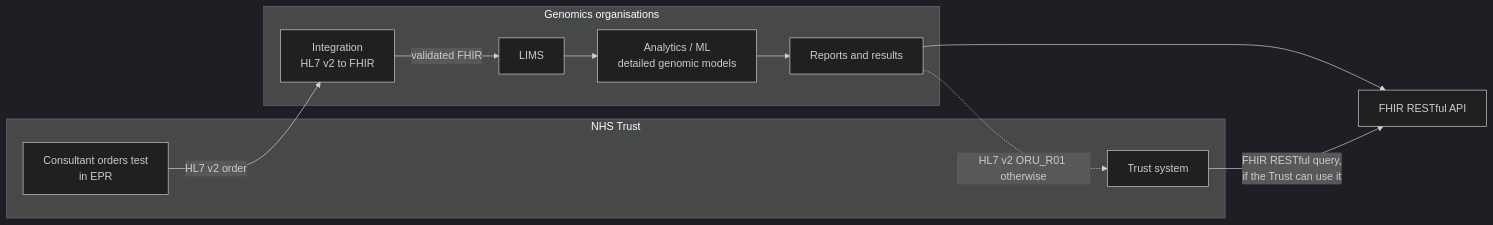
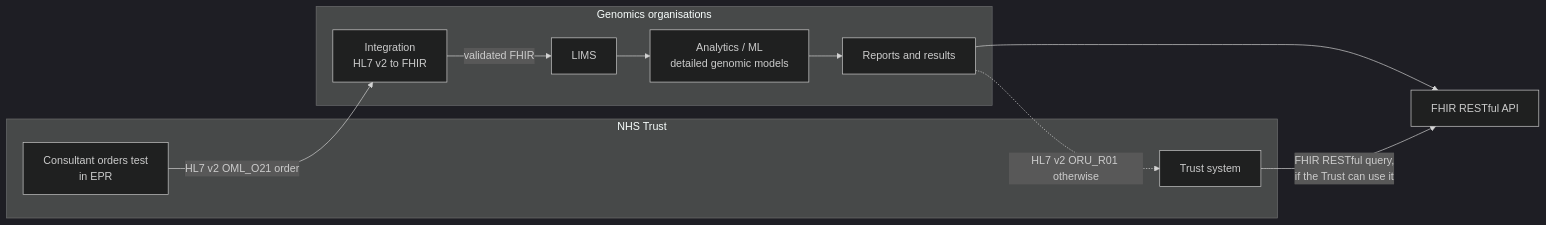
The ninth of 9 diagrams in input/pagecontent/HealthInteroperability.md (nw-gmsa/nw-gmsa.github.com), drawn with Mermaid (dark theme) before and after one commit. The commit also changed other lines of this file, not shown here.

First line of the commit message:
Note HL7 v2.5.1/OML_O21 alignment in HealthInteroperability page

````diff
--- a/input/pagecontent/HealthInteroperability.md
+++ b/input/pagecontent/HealthInteroperability.md
@@ -228,22 +229,22 @@
 ```mermaid
 flowchart LR
     subgraph Trust["NHS Trust"]
         CONS["Consultant orders test<br/>in EPR"]
         TSYS["Trust system"]
     end
     subgraph Genomics["Genomics organisations"]
         IE["Integration<br/>HL7 v2 to FHIR"]
         LIMS["LIMS"]
         AN["Analytics / ML<br/>detailed genomic models"]
         REP["Reports and results"]
     end
     API["FHIR RESTful API"]
 
-    CONS -- "HL7 v2 order" --> IE
+    CONS -- "HL7 v2 OML_O21 order" --> IE
     IE -- "validated FHIR" --> LIMS
     LIMS --> AN
     AN --> REP
     REP --> API
     TSYS -- "FHIR RESTful query,<br/>if the Trust can use it" --> API
     REP -. "HL7 v2 ORU_R01 otherwise" .-> TSYS
 ```
````
